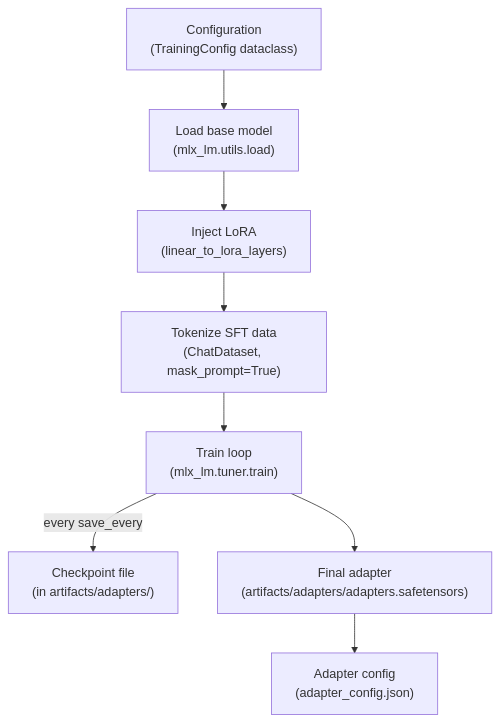
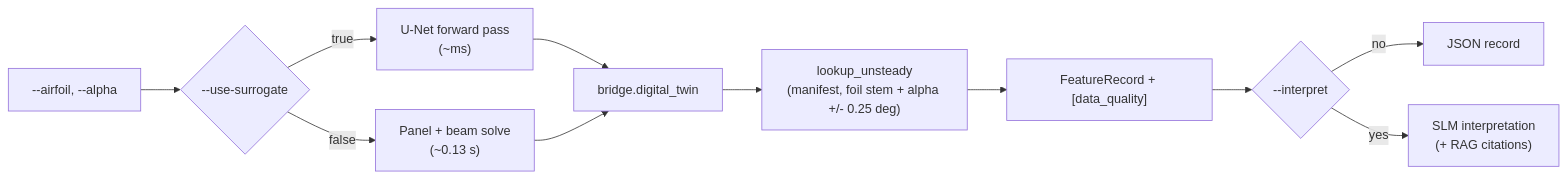
Before and after one commit to AngadKumar16/FSI-SLM: the seventh of 8 diagrams in docs/workflow.md, drawn with Mermaid. The commit also changed other lines of this file and 43 other files, not shown here.

````diff
--- a/docs/workflow.md
+++ b/docs/workflow.md
@@ -152,10 +263,13 @@
 ```mermaid
-flowchart TB
-    S["Configuration<br/>(TrainingConfig dataclass)"] --> L["Load base model<br/>(mlx_lm.utils.load)"]
-    L --> F["Inject LoRA<br/>(linear_to_lora_layers)"]
-    F --> D["Tokenize SFT data<br/>(ChatDataset, mask_prompt=True)"]
-    D --> T["Train loop<br/>(mlx_lm.tuner.train)"]
-    T -->|"every save_every"| CK["Checkpoint file<br/>(in artifacts/adapters/)"]
-    T --> F2["Final adapter<br/>(artifacts/adapters/adapters.safetensors)"]
-    F2 --> WD["Adapter config<br/>(adapter_config.json)"]
+flowchart LR
+    G["--airfoil, --alpha"] --> S{"--use-surrogate"}
+    S -->|"true"| N["U-Net forward pass<br/>(~ms)"]
+    S -->|"false"| P["Panel + beam solve<br/>(~0.13 s)"]
+    N --> B["bridge.digital_twin"]
+    P --> B
+    B --> L["lookup_unsteady<br/>(manifest, foil stem + alpha +/- 0.25 deg)"]
+    L --> R["FeatureRecord + [data_quality]"]
+    R --> I{"--interpret"}
+    I -->|"no"| O1["JSON record"]
+    I -->|"yes"| O2["SLM interpretation<br/>(+ RAG citations)"]
 ```
````
